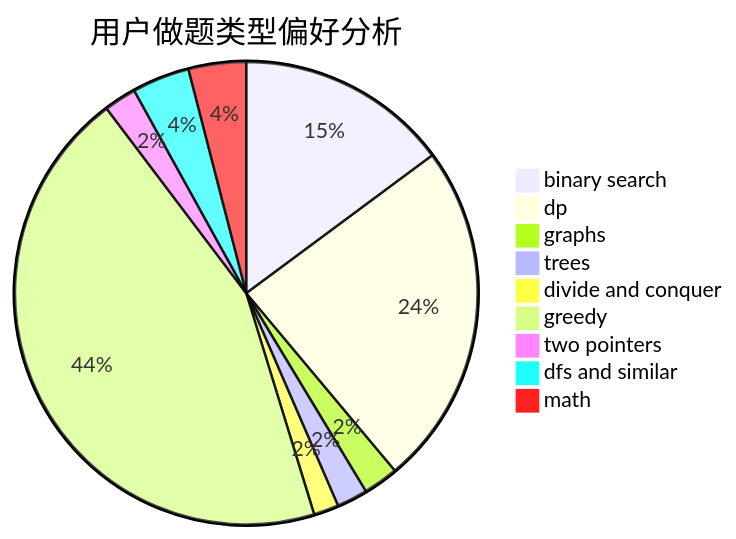
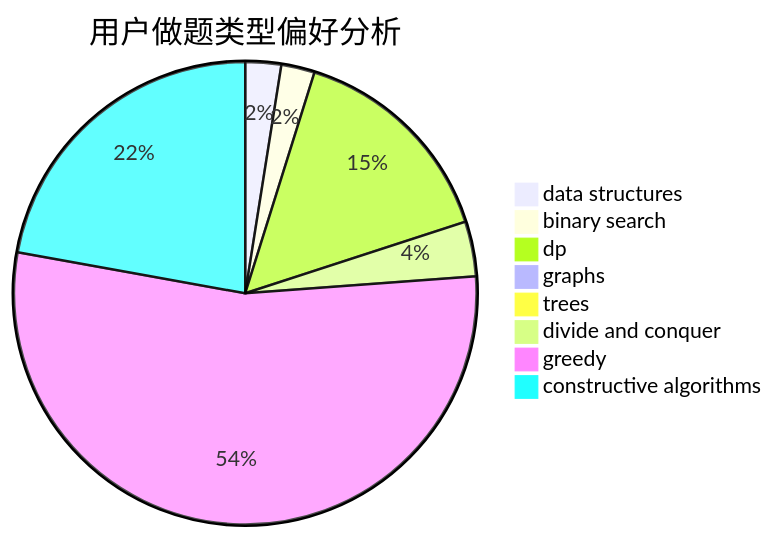
One commit to sherpahu/cfrs.github.io changed the second of 3 diagrams in docs/user/u1440.md. Above: the diagram before and after it, drawn with Mermaid. The commit also changed other lines of this file and 2775 other files, not shown here.

````diff
--- a/docs/user/u1440.md
+++ b/docs/user/u1440.md
@@ -23,12 +23,11 @@
 ```mermaid
 pie title 用户做题类型偏好分析
-    "binary search" :  255
-    "dp" :  413
-    "graphs" :  42
-    "trees" :  37
-    "divide and conquer" :  30
-    "greedy" :  763
-    "two pointers" :  39
-    "dfs and similar" :  69
-    "math" :  69
+    "data structures" :  15
+    "binary search" :  14
+    "dp" :  91
+    "graphs" :  1
+    "trees" :  0
+    "divide and conquer" :  23
+    "greedy" :  324
+    "constructive algorithms" :  133
 ```
````
